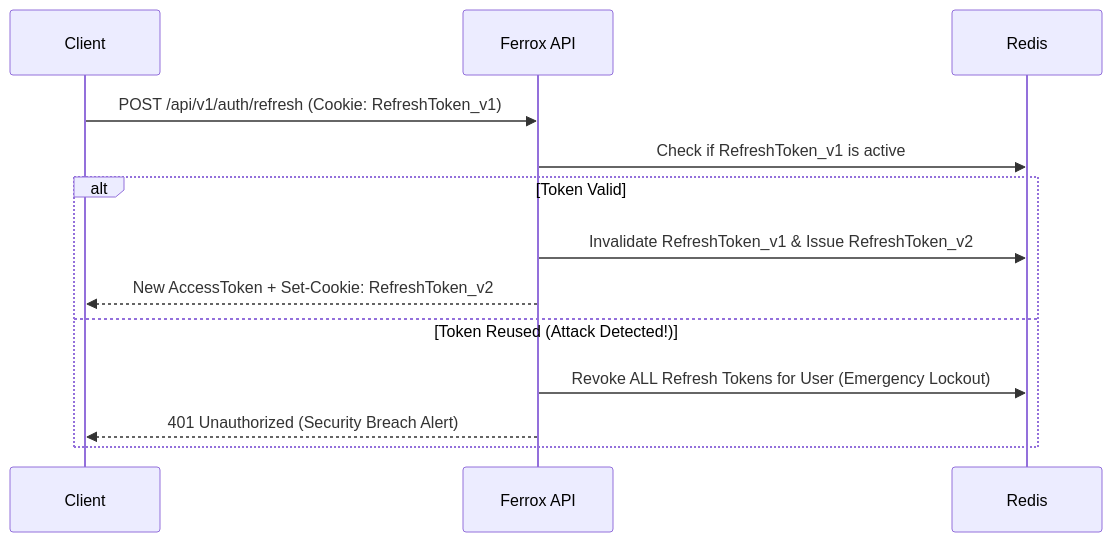
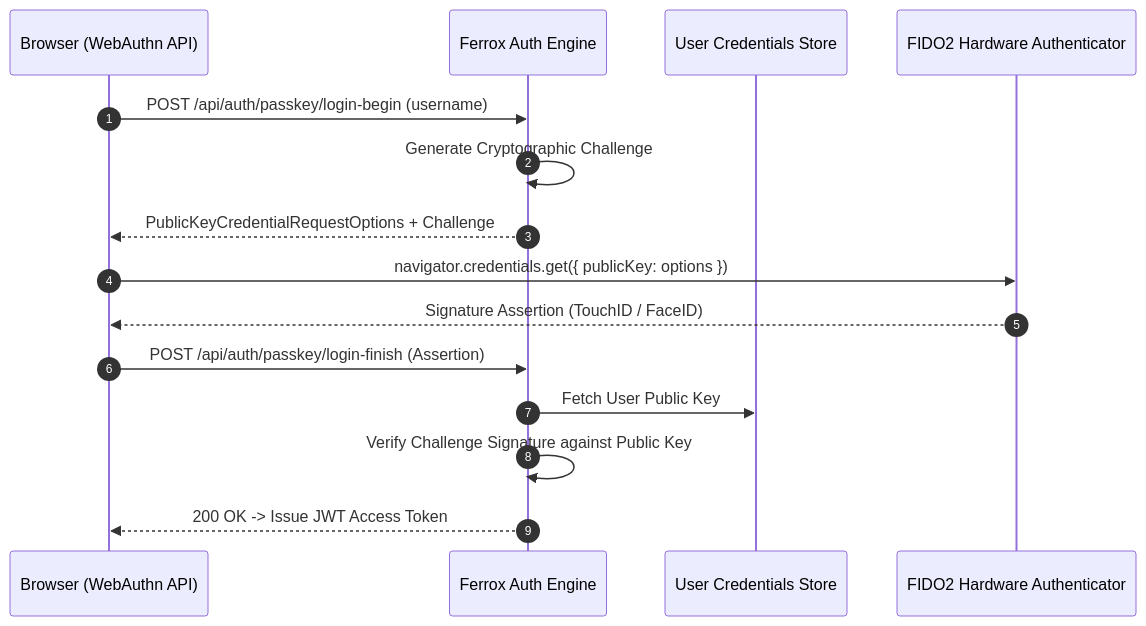
One commit to AI-Autistic-Intelligence/Ferrox changed the diagram in docs/docs/security/advanced-auth.md. Above: the diagram before and after it, drawn with Mermaid. The commit also changed other lines of this file and 29 other files, not shown here.

````diff
--- a/docs/docs/security/advanced-auth.md
+++ b/docs/docs/security/advanced-auth.md
@@ -21,18 +49,18 @@
 ```mermaid
 sequenceDiagram
-    participant Client
-    participant API as Ferrox API
-    participant Redis
+    autonumber
+    participant Client as Browser (WebAuthn API)
+    participant Auth as Ferrox Auth Engine
+    participant DB as User Credentials Store
+    participant WebAuthn as FIDO2 Hardware Authenticator
 
-    Client->>API: POST /api/v1/auth/refresh (Cookie: RefreshToken_v1)
-    
-    API->>Redis: Check if RefreshToken_v1 is active
-    
-    alt Token Valid
-        API->>Redis: Invalidate RefreshToken_v1 & Issue RefreshToken_v2
-        API-->>Client: New AccessToken + Set-Cookie: RefreshToken_v2
-    else Token Reused (Attack Detected!)
-        API->>Redis: Revoke ALL Refresh Tokens for User (Emergency Lockout)
-        API-->>Client: 401 Unauthorized (Security Breach Alert)
-    end
+    Client->>Auth: POST /api/auth/passkey/login-begin (username)
+    Auth->>Auth: Generate Cryptographic Challenge
+    Auth-->>Client: PublicKeyCredentialRequestOptions + Challenge
+    Client->>WebAuthn: navigator.credentials.get({ publicKey: options })
+    WebAuthn-->>Client: Signature Assertion (TouchID / FaceID)
+    Client->>Auth: POST /api/auth/passkey/login-finish (Assertion)
+    Auth->>DB: Fetch User Public Key
+    Auth->>Auth: Verify Challenge Signature against Public Key
+    Auth-->>Client: 200 OK -> Issue JWT Access Token
 ```
````
